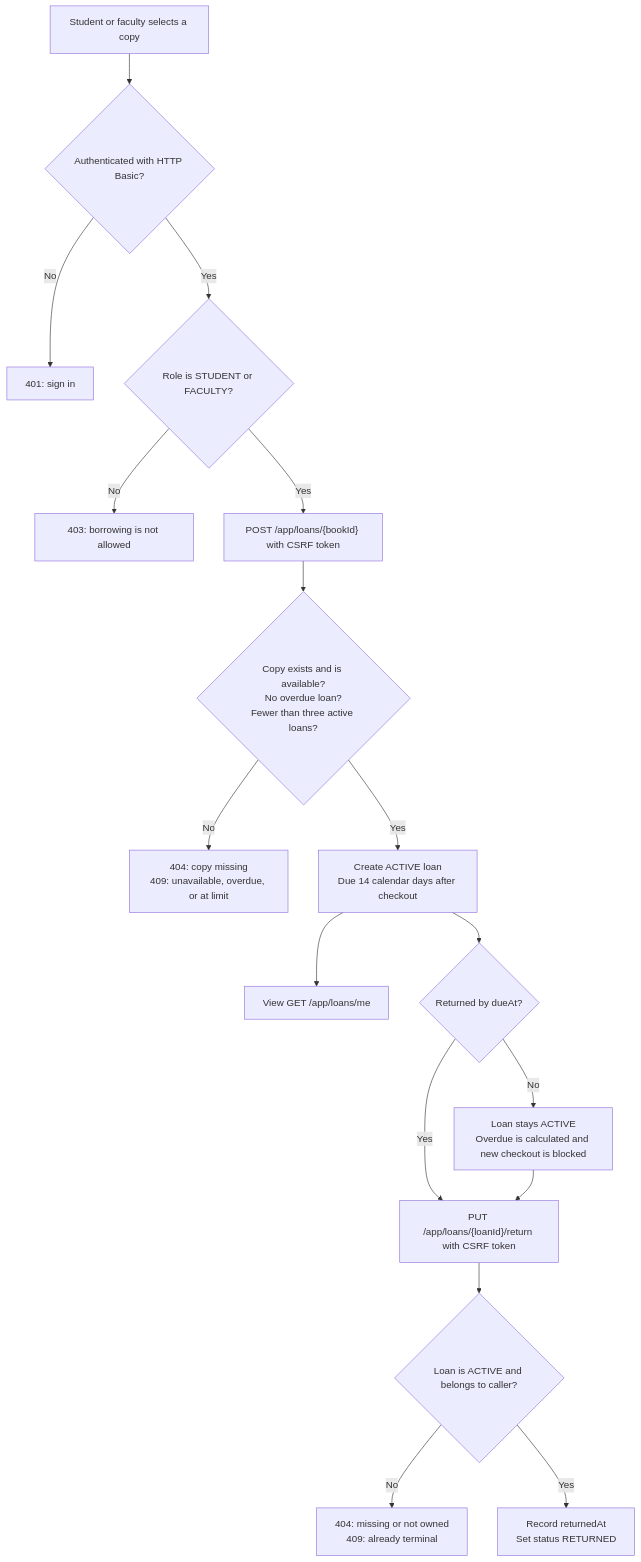
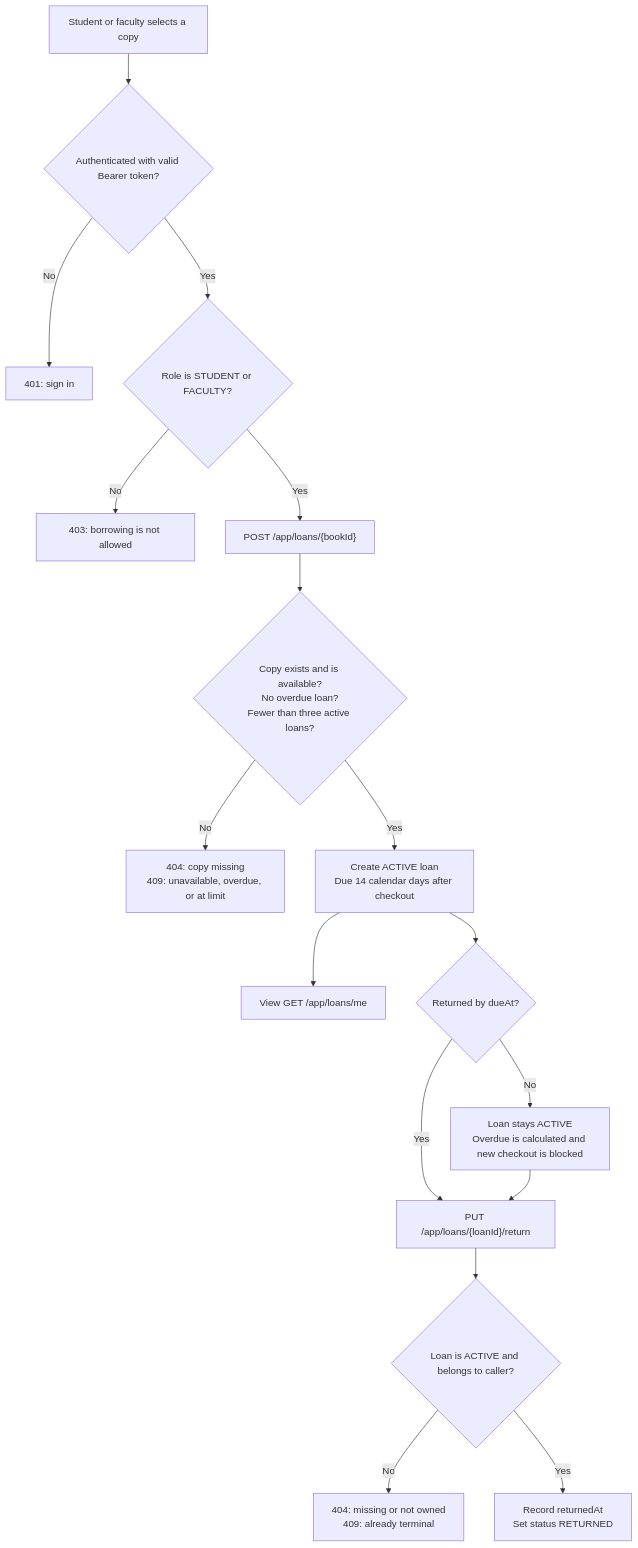
The first of 3 diagrams in docs/loan.md (kyledelfin2006/libro-library-system), drawn with Mermaid before and after one commit. The commit also changed other lines of this file and 33 other files, not shown here.

````diff
--- a/docs/loan.md
+++ b/docs/loan.md
@@ -37,19 +37,19 @@
 ```mermaid
 flowchart TD
-    Start["Student or faculty selects a copy"] --> Auth{"Authenticated with HTTP Basic?"}
+    Start["Student or faculty selects a copy"] --> Auth{"Authenticated with valid Bearer token?"}
     Auth -->|No| SignIn["401: sign in"]
     Auth -->|Yes| Role{"Role is STUDENT or FACULTY?"}
     Role -->|No| Forbidden["403: borrowing is not allowed"]
-    Role -->|Yes| Borrow["POST /app/loans/{bookId} with CSRF token"]
+    Role -->|Yes| Borrow["POST /app/loans/{bookId}"]
     Borrow --> Checks{"Copy exists and is available?<br/>No overdue loan?<br/>Fewer than three active loans?"}
     Checks -->|No| Rejected["404: copy missing<br/>409: unavailable, overdue, or at limit"]
     Checks -->|Yes| Active["Create ACTIVE loan<br/>Due 14 calendar days after checkout"]
     Active --> History["View GET /app/loans/me"]
     Active --> Due{"Returned by dueAt?"}
-    Due -->|Yes| Return["PUT /app/loans/{loanId}/return with CSRF token"]
+    Due -->|Yes| Return["PUT /app/loans/{loanId}/return"]
     Due -->|No| Overdue["Loan stays ACTIVE<br/>Overdue is calculated and new checkout is blocked"]
     Overdue --> Return
     Return --> Ownership{"Loan is ACTIVE and belongs to caller?"}
     Ownership -->|No| ReturnError["404: missing or not owned<br/>409: already terminal"]
     Ownership -->|Yes| Returned["Record returnedAt<br/>Set status RETURNED"]
 ```
````
